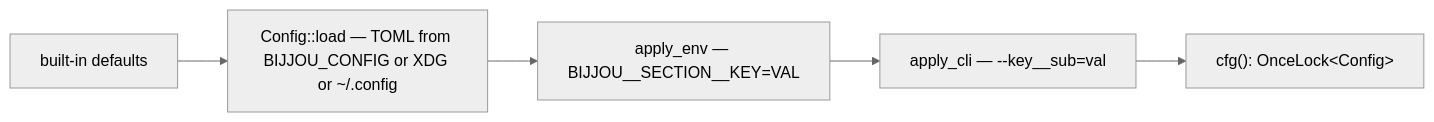
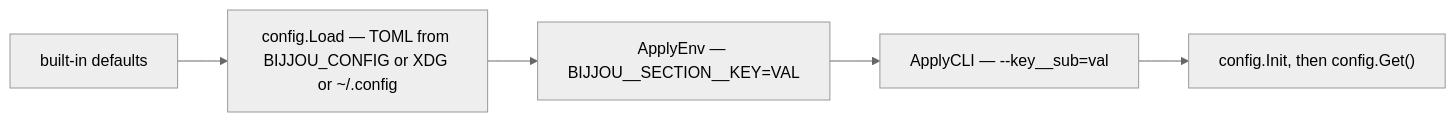
Before and after one commit to jjt/bijjou: the sixth of 7 diagrams in ARCHITECTURE.md, drawn with Mermaid (neutral theme). The commit also changed other lines of this file and 1 other file, not shown here.

````diff
--- a/ARCHITECTURE.md
+++ b/ARCHITECTURE.md
@@ -361,7 +373,7 @@
 ```mermaid
 flowchart LR
-    def["built-in defaults"] --> file["Config::load — TOML from BIJJOU_CONFIG or XDG or ~/.config"]
-    file --> env["apply_env — BIJJOU__SECTION__KEY=VAL"]
-    env --> cli["apply_cli — --key__sub=val"]
-    cli --> store["cfg(): OnceLock&lt;Config&gt;"]
+    def["built-in defaults"] --> file["config.Load — TOML from BIJJOU_CONFIG or XDG or ~/.config"]
+    file --> env["ApplyEnv — BIJJOU__SECTION__KEY=VAL"]
+    env --> cli["ApplyCLI — --key__sub=val"]
+    cli --> store["config.Init, then config.Get()"]
 ```
````
